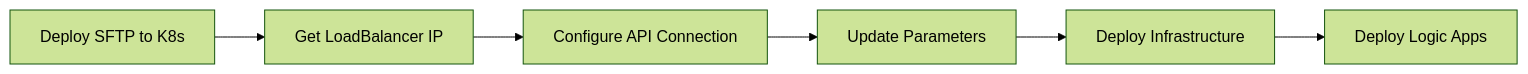
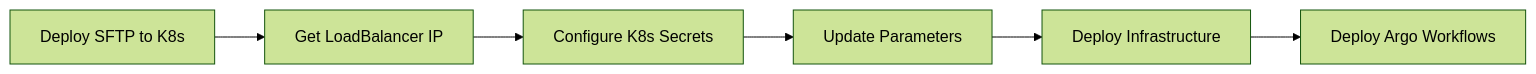
One commit to aurelianware/cloudhealthoffice changed the diagram in docs/security/SFTP-QUICKSTART.md. Above: the diagram before and after it, drawn with Mermaid (forest theme). The commit also changed other lines of this file and 84 other files, not shown here.

Commit message:
removal of logic apps in favor of argo workflows

````diff
--- a/docs/security/SFTP-QUICKSTART.md
+++ b/docs/security/SFTP-QUICKSTART.md
@@ -5,8 +5,8 @@
 ```mermaid
 graph LR
     A[Deploy SFTP to K8s] --> B[Get LoadBalancer IP]
-    B --> C[Configure API Connection]
+    B --> C[Configure K8s Secrets]
     C --> D[Update Parameters]
     D --> E[Deploy Infrastructure]
-    E --> F[Deploy Logic Apps]
+    E --> F[Deploy Argo Workflows]
 ```
````
